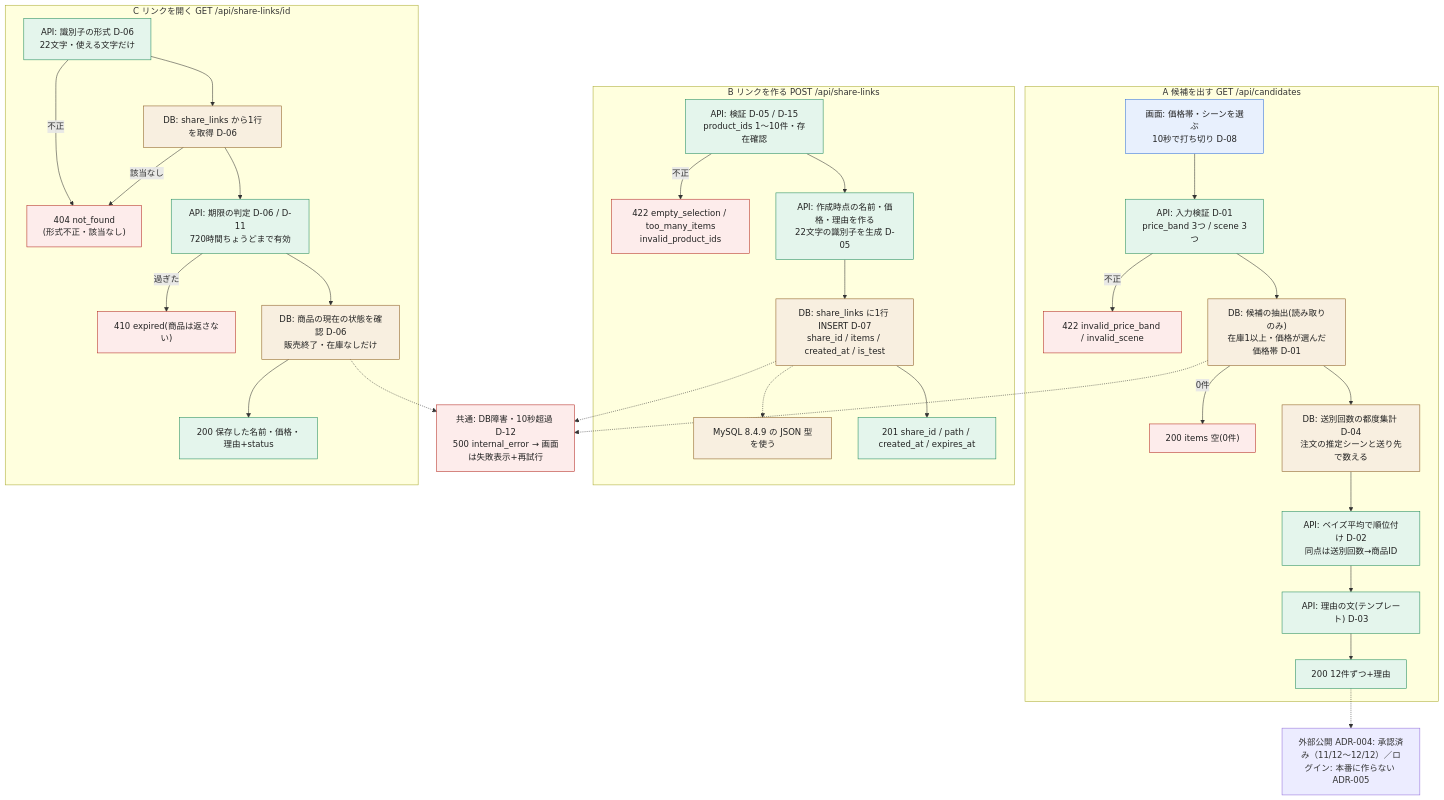
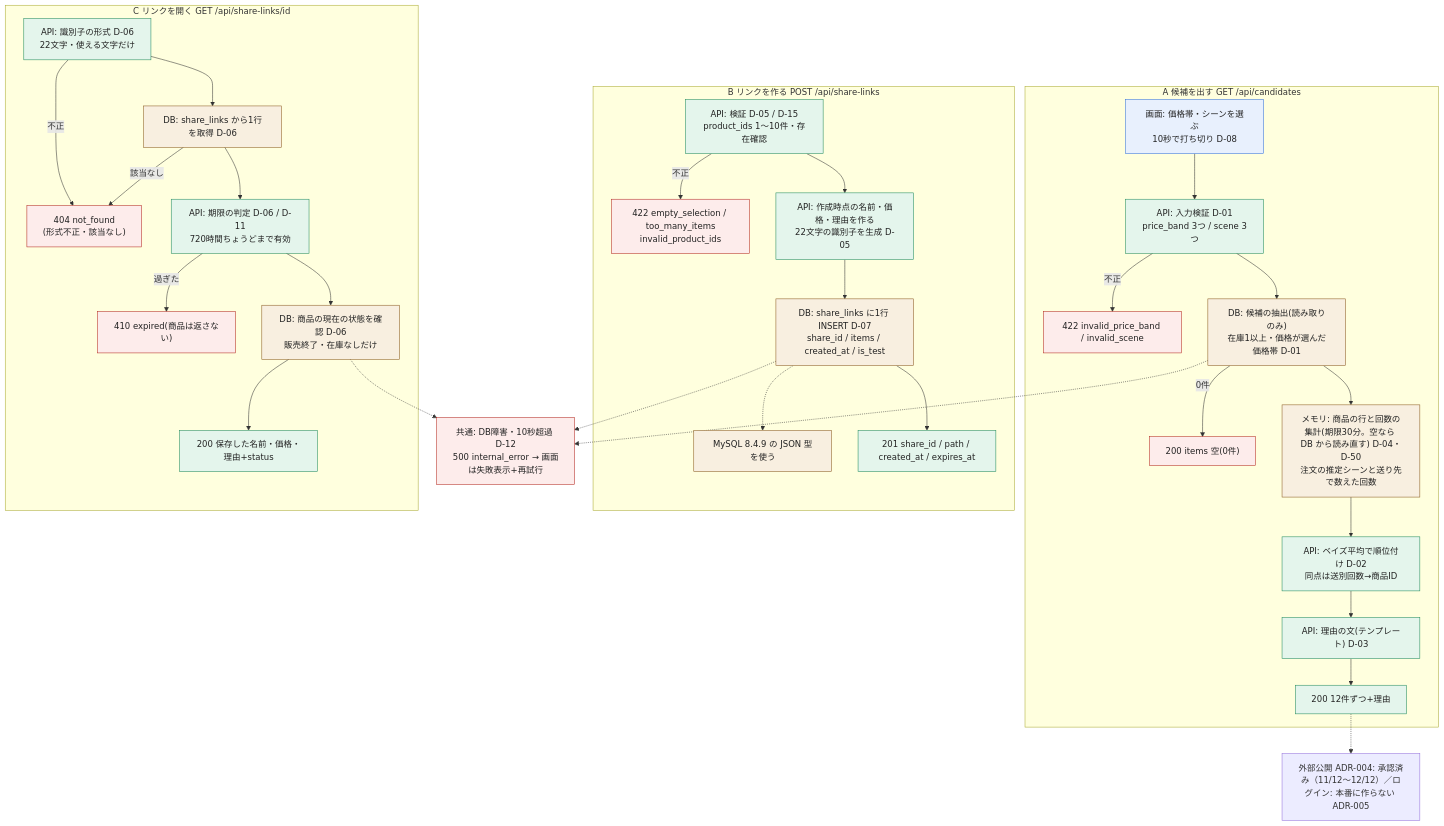
One commit to Team18-RaizenYomiMukuro-Tech0/model_team18_tech0 changed the second of 3 diagrams in 02_プロジェクト/giftia-ui-renewal/仕様.md. Above: the diagram before and after it, drawn with Mermaid. The commit also changed other lines of this file and 5 other files, not shown here.

````diff
--- a/02_プロジェクト/giftia-ui-renewal/仕様.md
+++ b/02_プロジェクト/giftia-ui-renewal/仕様.md
@@ -167,60 +167,60 @@
 ```mermaid
 flowchart TB
   classDef ui fill:#e8f0fd,stroke:#2f6fdb,color:#222
   classDef api fill:#e4f5ec,stroke:#1f8a5b,color:#222
   classDef db fill:#f8efe0,stroke:#8a5a1f,color:#222
   classDef err fill:#fdeceb,stroke:#b3261e,color:#222
   classDef pend stroke-dasharray: 5 5,stroke:#6b6f76,fill:#f3f3f3,color:#222
 
   subgraph A["A 候補を出す GET /api/candidates"]
     A1["画面: 価格帯・シーンを選ぶ<br/>10秒で打ち切り D-08"]:::ui
     A2["API: 入力検証 D-01<br/>price_band 3つ / scene 3つ"]:::api
     A2e["422 invalid_price_band / invalid_scene"]:::err
     A3["DB: 候補の抽出(読み取りのみ)<br/>在庫1以上・価格が選んだ価格帯 D-01"]:::db
     A3z["200 items 空(0件)"]:::err
-    A4["DB: 送別回数の都度集計 D-04<br/>注文の推定シーンと送り先で数える"]:::db
+    A4["メモリ: 商品の行と回数の集計(期限30分。空なら DB から読み直す) D-04・D-50<br/>注文の推定シーンと送り先で数えた回数"]:::db
     A5["API: ベイズ平均で順位付け D-02<br/>同点は送別回数→商品ID"]:::api
     A6["API: 理由の文(テンプレート) D-03"]:::api
     A7["200 12件ずつ+理由"]:::api
     A1 --> A2
     A2 -- 不正 --> A2e
     A2 --> A3
     A3 -- 0件 --> A3z
     A3 --> A4 --> A5 --> A6 --> A7
   end
 
   subgraph B["B リンクを作る POST /api/share-links"]
     B1["API: 検証 D-05 / D-15<br/>product_ids 1〜10件・存在確認"]:::api
     B1e["422 empty_selection / too_many_items<br/>invalid_product_ids"]:::err
     B2["API: 作成時点の名前・価格・理由を作る<br/>22文字の識別子を生成 D-05"]:::api
     B3["DB: share_links に1行 INSERT D-07<br/>share_id / items / created_at / is_test"]:::db
     B3p["MySQL 8.4.9 の JSON 型を使う"]:::db
     B4["201 share_id / path / created_at / expires_at"]:::api
     B1 -- 不正 --> B1e
     B1 --> B2 --> B3 --> B4
     B3 -.-> B3p
   end
 
   subgraph C["C リンクを開く GET /api/share-links/id"]
     C0["API: 識別子の形式 D-06<br/>22文字・使える文字だけ"]:::api
     C1["DB: share_links から1行を取得 D-06"]:::db
     C1e["404 not_found<br/>(形式不正・該当なし)"]:::err
     C2["API: 期限の判定 D-06 / D-11<br/>720時間ちょうどまで有効"]:::api
     C2e["410 expired(商品は返さない)"]:::err
     C3["DB: 商品の現在の状態を確認 D-06<br/>販売終了・在庫なしだけ"]:::db
     C4["200 保存した名前・価格・理由+status"]:::api
     C0 -- 不正 --> C1e
     C0 --> C1
     C1 -- 該当なし --> C1e
     C1 --> C2
     C2 -- 過ぎた --> C2e
     C2 --> C3 --> C4
   end
 
   ERR["共通: DB障害・10秒超過 D-12<br/>500 internal_error → 画面は失敗表示+再試行"]:::err
   PEND["外部公開 ADR-004: 承認済み（11/12〜12/12）／ログイン: 本番に作らない ADR-005"]
   A3 -.-> ERR
   B3 -.-> ERR
   C3 -.-> ERR
   A7 -.-> PEND
 ```
````
